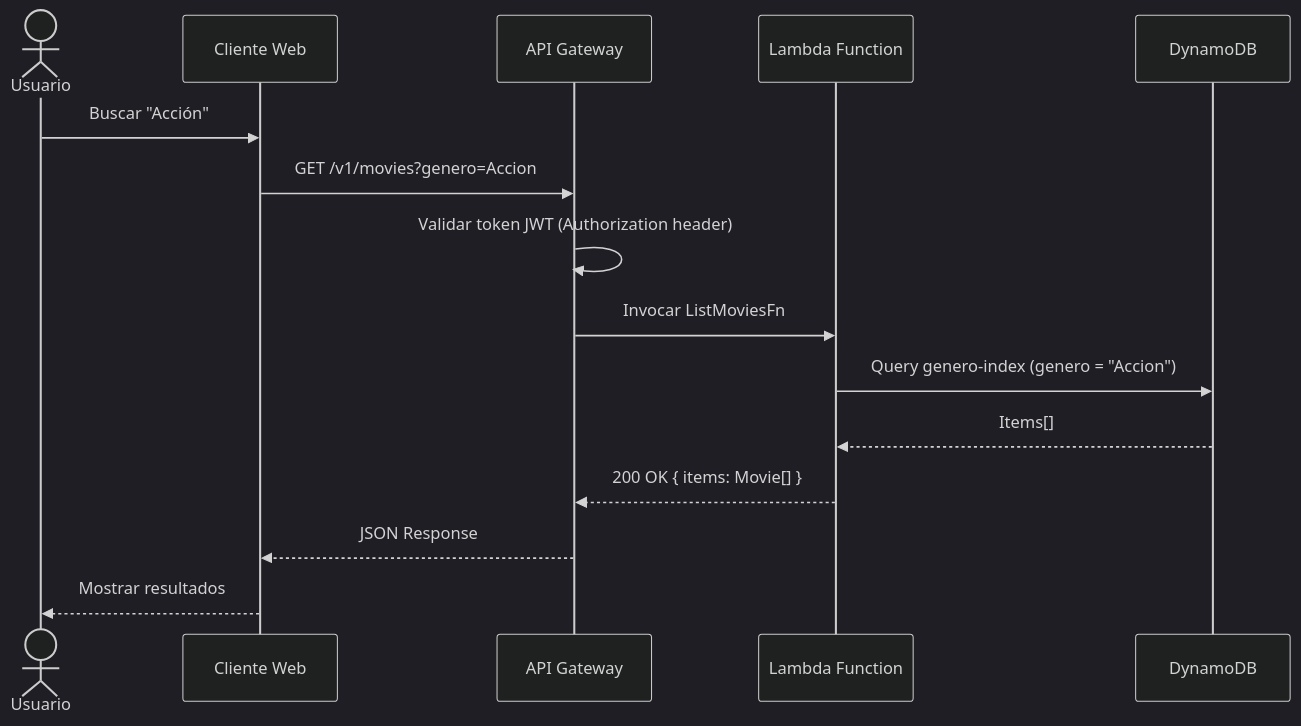
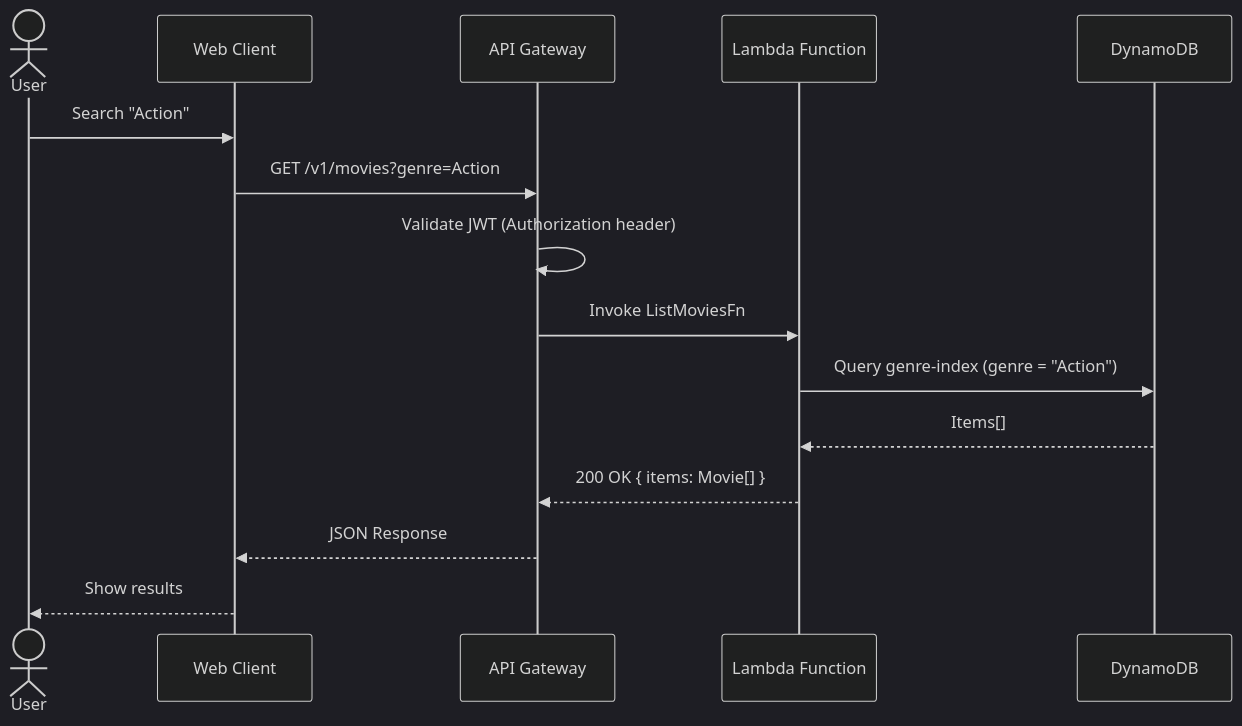
Before and after one commit to edwardsalinas/proyectoNetflix: the second of 6 diagrams in Netflix_Design_Doc.md, drawn with Mermaid (dark theme). The commit also changed other lines of this file and 2 other files, not shown here.

````diff
--- a/Netflix_Design_Doc.md
+++ b/Netflix_Design_Doc.md
@@ -381,18 +385,18 @@
 ```mermaid
 sequenceDiagram
-    actor Usuario
-    participant Cliente as Cliente Web
+    actor User
+    participant Client as Web Client
     participant APIGW as API Gateway
     participant Lambda as Lambda Function
     participant DDB as DynamoDB
 
-    Usuario->>Cliente: Buscar "Acción"
-    Cliente->>APIGW: GET /v1/movies?genero=Accion
-    APIGW->>APIGW: Validar token JWT (Authorization header)
-    APIGW->>Lambda: Invocar ListMoviesFn
-    Lambda->>DDB: Query genero-index (genero = "Accion")
+    User->>Client: Search "Action"
+    Client->>APIGW: GET /v1/movies?genre=Action
+    APIGW->>APIGW: Validate JWT (Authorization header)
+    APIGW->>Lambda: Invoke ListMoviesFn
+    Lambda->>DDB: Query genre-index (genre = "Action")
     DDB-->>Lambda: Items[]
     Lambda-->>APIGW: 200 OK { items: Movie[] }
-    APIGW-->>Cliente: JSON Response
-    Cliente-->>Usuario: Mostrar resultados
+    APIGW-->>Client: JSON Response
+    Client-->>User: Show results
 ```
````
